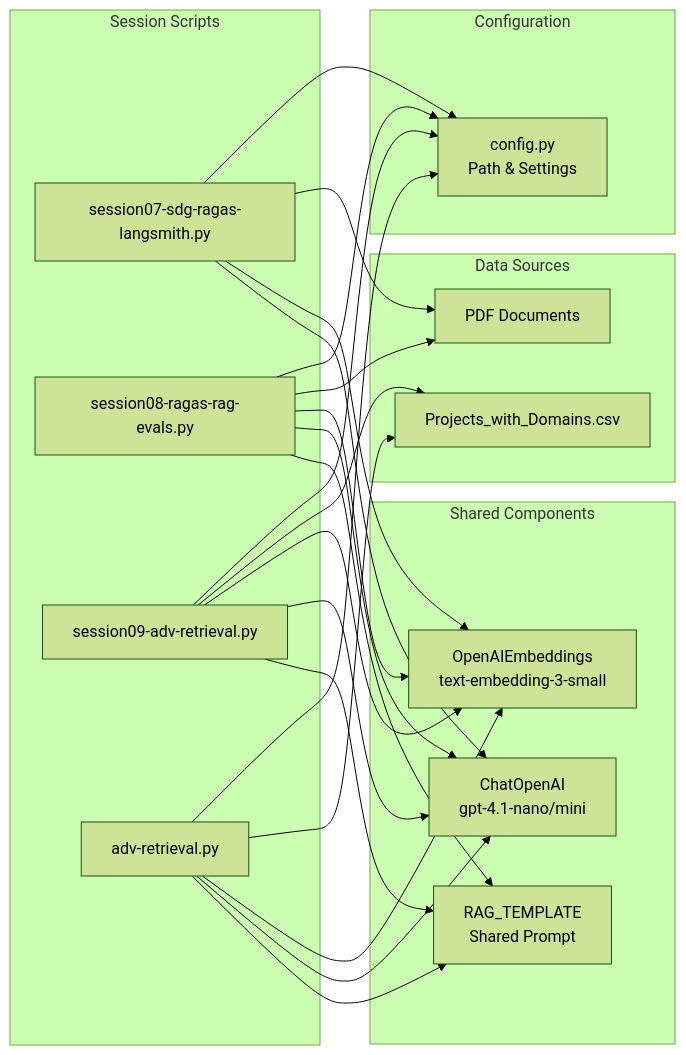
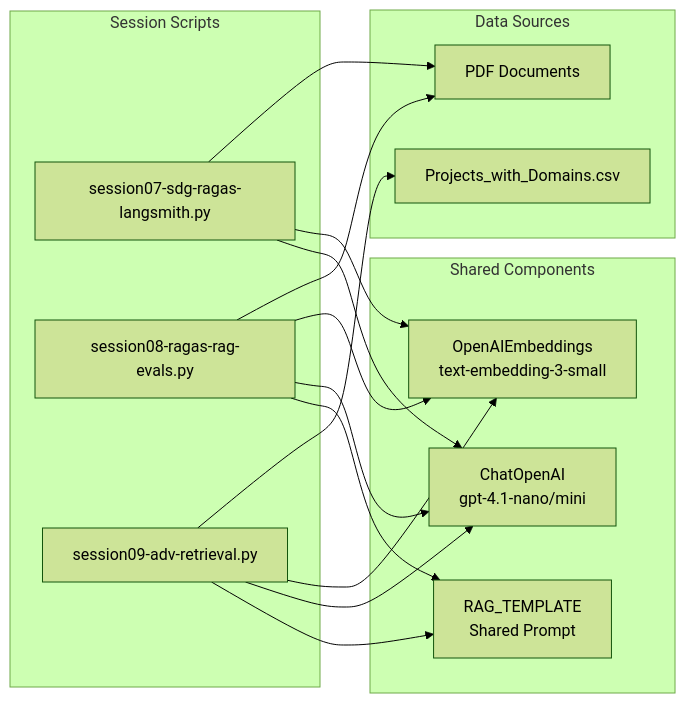
Before and after one commit to don-aie-cohort8/aie8-s09-adv-retrieval: the second of 8 diagrams in architecture/diagrams/02_architecture_diagrams.md, drawn with Mermaid (forest theme). The commit also changed other lines of this file, not shown here.

Commit message:
fix arch diagram issues

````diff
--- a/architecture/diagrams/02_architecture_diagrams.md
+++ b/architecture/diagrams/02_architecture_diagrams.md
@@ -76,48 +76,34 @@
 ```mermaid
 graph LR
     subgraph "Session Scripts"
         S07[session07-sdg-ragas-langsmith.py]
         S08[session08-ragas-rag-evals.py]
         S09[session09-adv-retrieval.py]
-        ADV[adv-retrieval.py]
-    end
-
-    subgraph "Configuration"
-        CFG[config.py<br/>Path & Settings]
     end
 
     subgraph "Data Sources"
         CSV[Projects_with_Domains.csv]
         PDF[PDF Documents]
     end
 
     subgraph "Shared Components"
         EMB[OpenAIEmbeddings<br/>text-embedding-3-small]
         LLM[ChatOpenAI<br/>gpt-4.1-nano/mini]
         PROMPT[RAG_TEMPLATE<br/>Shared Prompt]
     end
 
-    S07 --> CFG
-    S08 --> CFG
-    S09 --> CFG
-    ADV --> CFG
-
     S07 --> PDF
     S08 --> PDF
     S09 --> CSV
-    ADV --> CSV
 
     S07 --> EMB
     S08 --> EMB
     S09 --> EMB
-    ADV --> EMB
 
     S07 --> LLM
     S08 --> LLM
     S09 --> LLM
-    ADV --> LLM
 
     S08 --> PROMPT
     S09 --> PROMPT
-    ADV --> PROMPT
 ```
````
